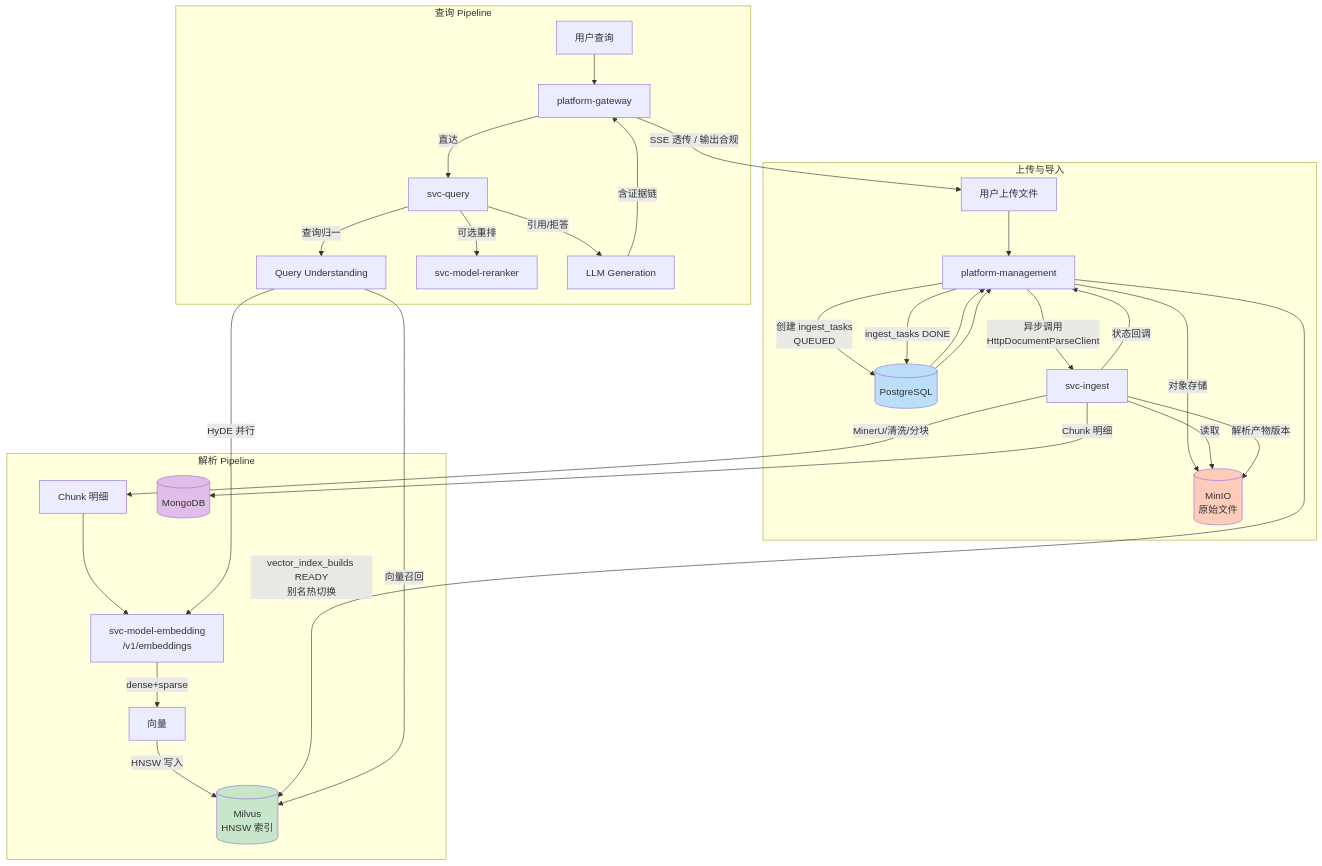
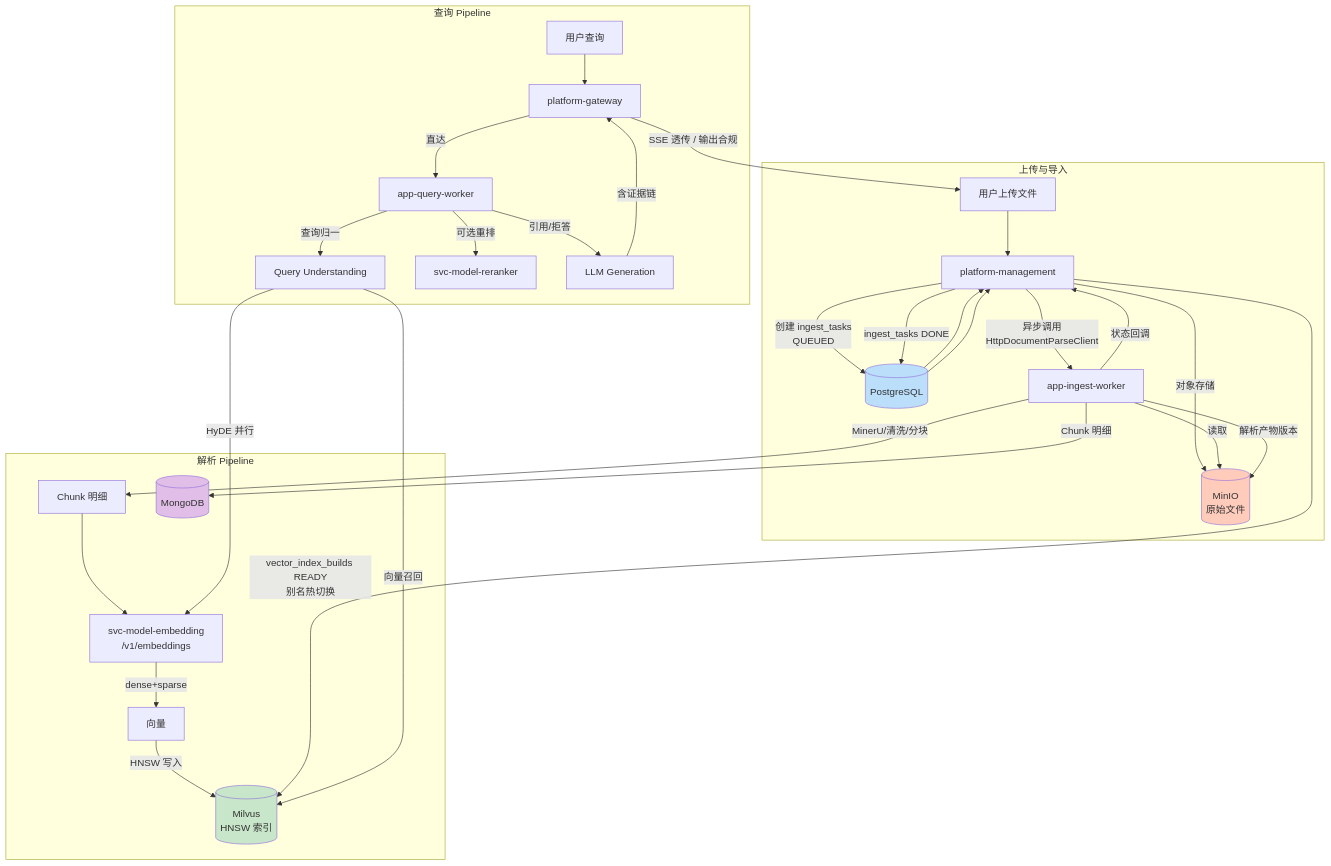
Before and after one commit to aiworld0927/aipaas: the first of 2 diagrams in docs/02_架构设计/03_数据架构.md, drawn with Mermaid. The commit also changed other lines of this file and 168 other files, not shown here.

Commit message:
ingest-worker  query-worker 重命名 app-ingest-worker、app-query-worker

````diff
--- a/docs/02_架构设计/03_数据架构.md
+++ b/docs/02_架构设计/03_数据架构.md
@@ -159,42 +159,42 @@
 ```mermaid
 flowchart TB
     subgraph 上传与导入
         U[用户上传文件] --> MG[platform-management]
         MG -->|对象存储| MINIO[(MinIO<br/>原始文件)]
         MG -->|创建 ingest_tasks<br/>QUEUED| PG[(PostgreSQL)]
-        MG -->|异步调用<br/>HttpDocumentParseClient| IW[svc-ingest]
+        MG -->|异步调用<br/>HttpDocumentParseClient| IW[app-ingest-worker]
     end
 
     subgraph 解析 Pipeline
         IW -->|读取| MINIO
         IW -->|MinerU/清洗/分块| CHUNKS[Chunk 明细]
         CHUNKS --> EB[svc-model-embedding<br/>/v1/embeddings]
         EB -->|dense+sparse| VEC[向量]
         VEC -->|HNSW 写入| MILVUS[(Milvus<br/>HNSW 索引)]
         IW -->|解析产物版本| MINIO
         IW -->|Chunk 明细| MONGO[(MongoDB)]
         IW -->|状态回调| MG
         MG -->|ingest_tasks DONE| PG
         MG -->|vector_index_builds READY<br/>别名热切换| MILVUS
     end
 
     subgraph 查询 Pipeline
         Q[用户查询] --> GW[platform-gateway]
-        GW -->|直达| QW[svc-query]
+        GW -->|直达| QW[app-query-worker]
         QW -->|查询归一| QN[Query Understanding]
         QN -->|HyDE 并行| EB
         QN -->|向量召回| MILVUS
         QW -->|可选重排| RR[svc-model-reranker]
         QW -->|引用/拒答| GEN[LLM Generation]
         GEN -->|含证据链| GW
         GW -->|SSE 透传 / 输出合规| U
     end
 
     PG --> MG
     PG --> MG
 
     style MILVUS fill:#c8e6c9
     style MINIO fill:#ffccbc
     style PG fill:#bbdefb
     style MONGO fill:#e1bee7
 ```
````
